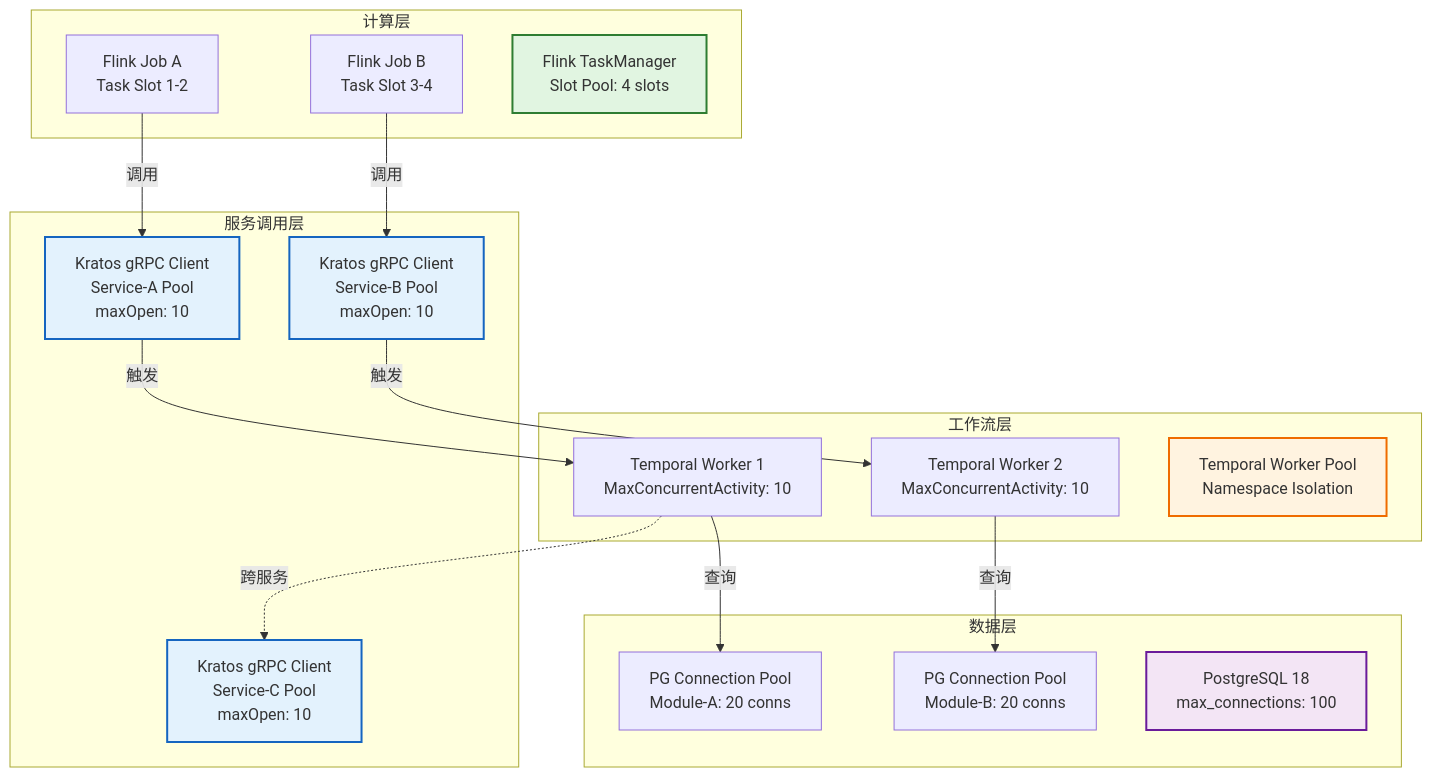
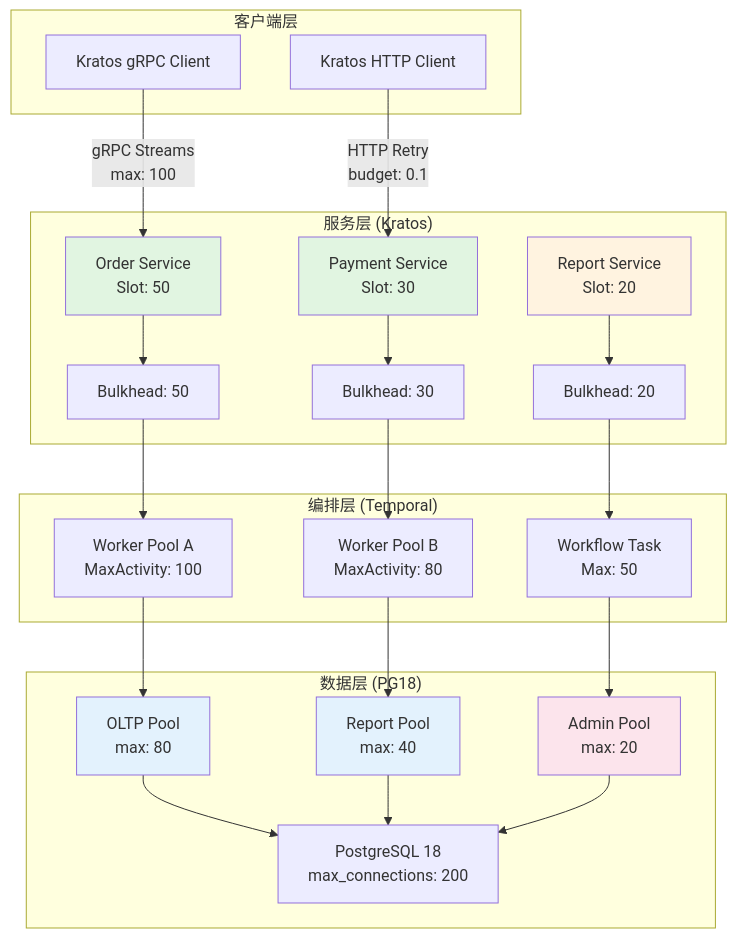
The first of 2 diagrams in TECH-STACK-STREAMING-POSTGRES-TEMPORAL-KRATOS/04-resilience/04.03-bulkhead-retry-isolation-patterns.md (AdaMartin18010/AnalysisDataFlow), drawn with Mermaid before and after one commit. The commit also changed other lines of this file and 5 other files, not shown here.

````diff
--- a/TECH-STACK-STREAMING-POSTGRES-TEMPORAL-KRATOS/04-resilience/04.03-bulkhead-retry-isolation-patterns.md
+++ b/TECH-STACK-STREAMING-POSTGRES-TEMPORAL-KRATOS/04-resilience/04.03-bulkhead-retry-isolation-patterns.md
@@ -351,41 +462,55 @@
 ```mermaid
 graph TB
-    subgraph "计算层"
-        F1[Flink Job A<br/>Task Slot 1-2]
-        F2[Flink Job B<br/>Task Slot 3-4]
-        F3[Flink TaskManager<br/>Slot Pool: 4 slots]
+    subgraph Client["客户端层"]
+        C1["Kratos gRPC Client"]
+        C2["Kratos HTTP Client"]
     end
 
-    subgraph "服务调用层"
-        K1[Kratos gRPC Client<br/>Service-A Pool<br/>maxOpen: 10]
-        K2[Kratos gRPC Client<br/>Service-B Pool<br/>maxOpen: 10]
-        K3[Kratos gRPC Client<br/>Service-C Pool<br/>maxOpen: 10]
+    subgraph Service["服务层 (Kratos)"]
+        S1["Order Service<br/>Slot: 50"]
+        S2["Payment Service<br/>Slot: 30"]
+        S3["Report Service<br/>Slot: 20"]
+        B1["Bulkhead: 50"]
+        B2["Bulkhead: 30"]
+        B3["Bulkhead: 20"]
     end
 
-    subgraph "工作流层"
-        T1[Temporal Worker 1<br/>MaxConcurrentActivity: 10]
-        T2[Temporal Worker 2<br/>MaxConcurrentActivity: 10]
-        T3[Temporal Worker Pool<br/>Namespace Isolation]
+    subgraph Temporal["编排层 (Temporal)"]
+        TW1["Worker Pool A<br/>MaxActivity: 100"]
+        TW2["Worker Pool B<br/>MaxActivity: 80"]
+        TW3["Workflow Task<br/>Max: 50"]
     end
 
-    subgraph "数据层"
-        P1[PG Connection Pool<br/>Module-A: 20 conns]
-        P2[PG Connection Pool<br/>Module-B: 20 conns]
-        P3[PostgreSQL 18<br/>max_connections: 100]
+    subgraph Data["数据层 (PG18)"]
+        P1["OLTP Pool<br/>max: 80"]
+        P2["Report Pool<br/>max: 40"]
+        P3["Admin Pool<br/>max: 20"]
+        PG["PostgreSQL 18<br/>max_connections: 200"]
     end
 
-    F1 -->|"调用"| K1
-    F2 -->|"调用"| K2
-    K1 -->|"触发"| T1
-    K2 -->|"触发"| T2
-    T1 -->|"查询"| P1
-    T2 -->|"查询"| P2
-    T1 -.->|"跨服务"| K3
+    C1 -->|gRPC Streams<br/>max: 100| S1
+    C2 -->|HTTP Retry<br/>budget: 0.1| S2
 
-    style F3 fill:#e1f5e1,stroke:#2e7d32,stroke-width:2px
-    style K1 fill:#e3f2fd,stroke:#1565c0,stroke-width:2px
-    style K2 fill:#e3f2fd,stroke:#1565c0,stroke-width:2px
-    style K3 fill:#e3f2fd,stroke:#1565c0,stroke-width:2px
-    style T3 fill:#fff3e0,stroke:#ef6c00,stroke-width:2px
-    style P3 fill:#f3e5f5,stroke:#6a1b9a,stroke-width:2px
+    S1 --> B1
+    S2 --> B2
+    S3 --> B3
+
+    B1 --> TW1
+    B2 --> TW2
+    B3 --> TW3
+
+    TW1 --> P1
+    TW2 --> P2
+    TW3 --> P3
+
+    P1 --> PG
+    P2 --> PG
+    P3 --> PG
+
+    style S1 fill:#e1f5e1
+    style S2 fill:#e1f5e1
+    style S3 fill:#fff3e0
+    style P1 fill:#e3f2fd
+    style P2 fill:#e3f2fd
+    style P3 fill:#fce4ec
 ```
````
